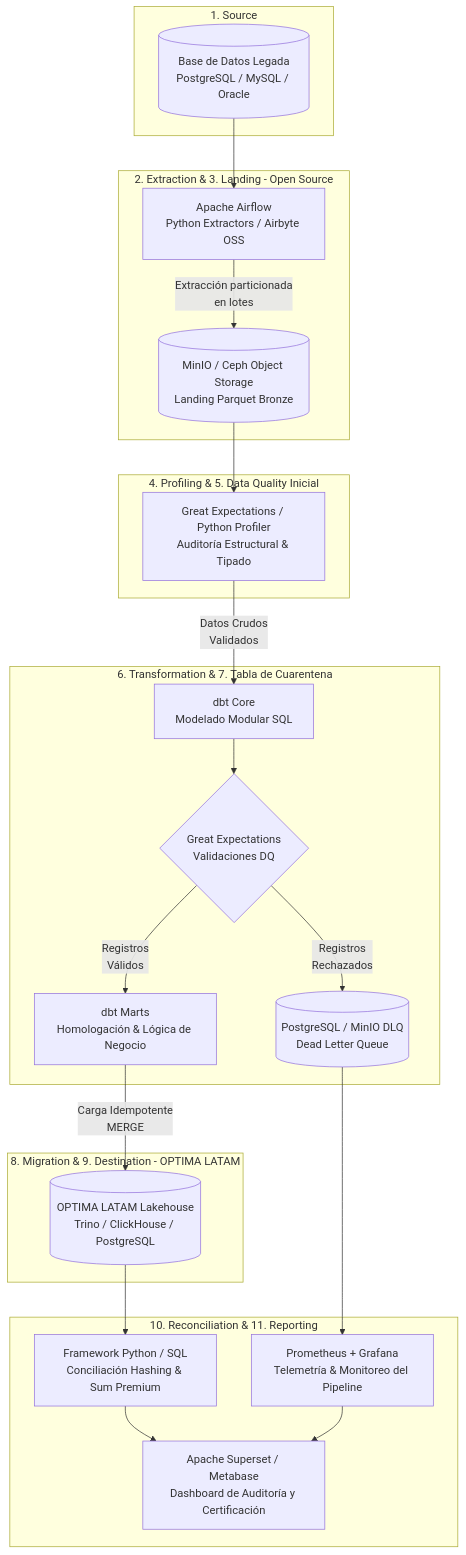
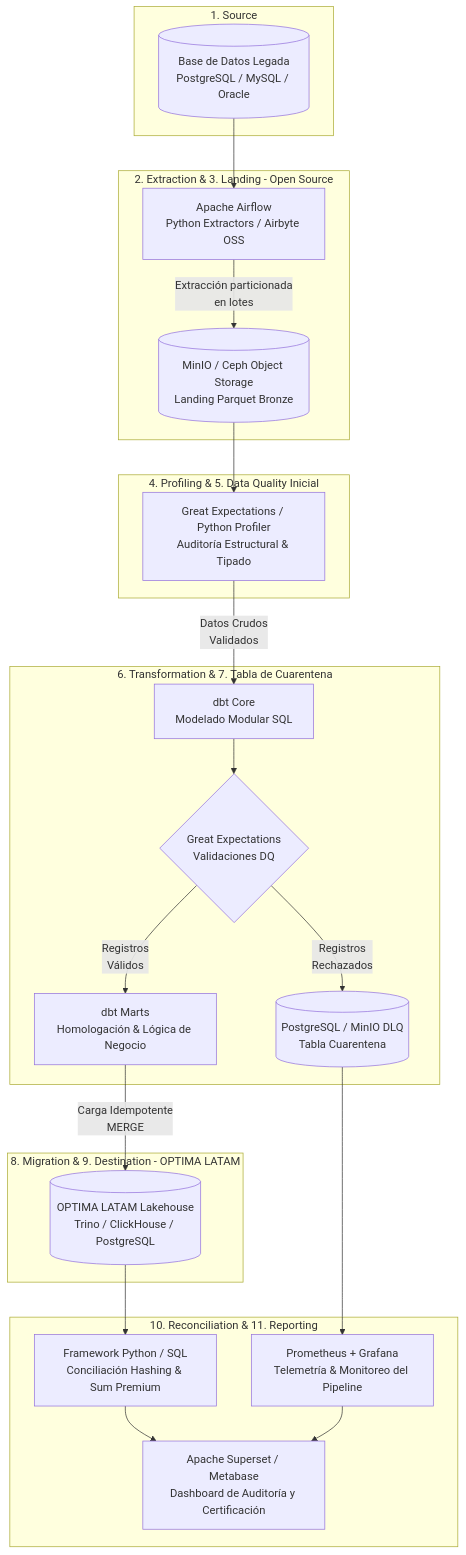
The second of 2 diagrams in README.md (lfardilaji/gallagher-migration-test), drawn with Mermaid before and after one commit.

Commit message:
Update DLQ label in README.md

````diff
--- a/README.md
+++ b/README.md
@@ -119,45 +119,45 @@
 ```mermaid
 flowchart TD
     subgraph S1 [1. Source]
         A[(Base de Datos Legada<br/>PostgreSQL / MySQL / Oracle)]
     end
 
     subgraph S2 [2. Extraction & 3. Landing - Open Source]
         B[Apache Airflow<br/>Python Extractors / Airbyte OSS]
         C[(MinIO / Ceph Object Storage<br/>Landing Parquet Bronze)]
         B -->|Extracción particionada<br/>en lotes| C
     end
 
     subgraph S3 [4. Profiling & 5. Data Quality Inicial]
         D[Great Expectations / Python Profiler<br/>Auditoría Estructural & Tipado]
         C --> D
     end
 
     subgraph S4 [6. Transformation & 7. Tabla de Cuarentena]
         E[dbt Core<br/>Modelado Modular SQL]
         F{Great Expectations<br/>Validaciones DQ}
-        G[(PostgreSQL / MinIO DLQ<br/>Dead Letter Queue)]
+        G[(PostgreSQL / MinIO DLQ<br/>Tabla Cuarentena)]
         H[dbt Marts<br/>Homologación & Lógica de Negocio]
         D -->|Datos Crudos<br/>Validados| E
         E --> F
         F -->|Registros<br/>Rechazados| G
         F -->|Registros<br/>Válidos| H
     end
 
     subgraph S5 [8. Migration & 9. Destination - OPTIMA LATAM]
         I[(OPTIMA LATAM Lakehouse<br/>Trino / ClickHouse / PostgreSQL)]
         H -->|Carga Idempotente<br/>MERGE| I
     end
 
     subgraph S6 [10. Reconciliation & 11. Reporting]
         J[Framework Python / SQL<br/>Conciliación Hashing & Sum Premium]
         K[Apache Superset / Metabase<br/>Dashboard de Auditoría y Certificación]
         L[Prometheus + Grafana<br/>Telemetría & Monitoreo del Pipeline]
         I --> J
         G --> L
         J --> K
         L --> K
     end
 
     A --> B
 ```
````
